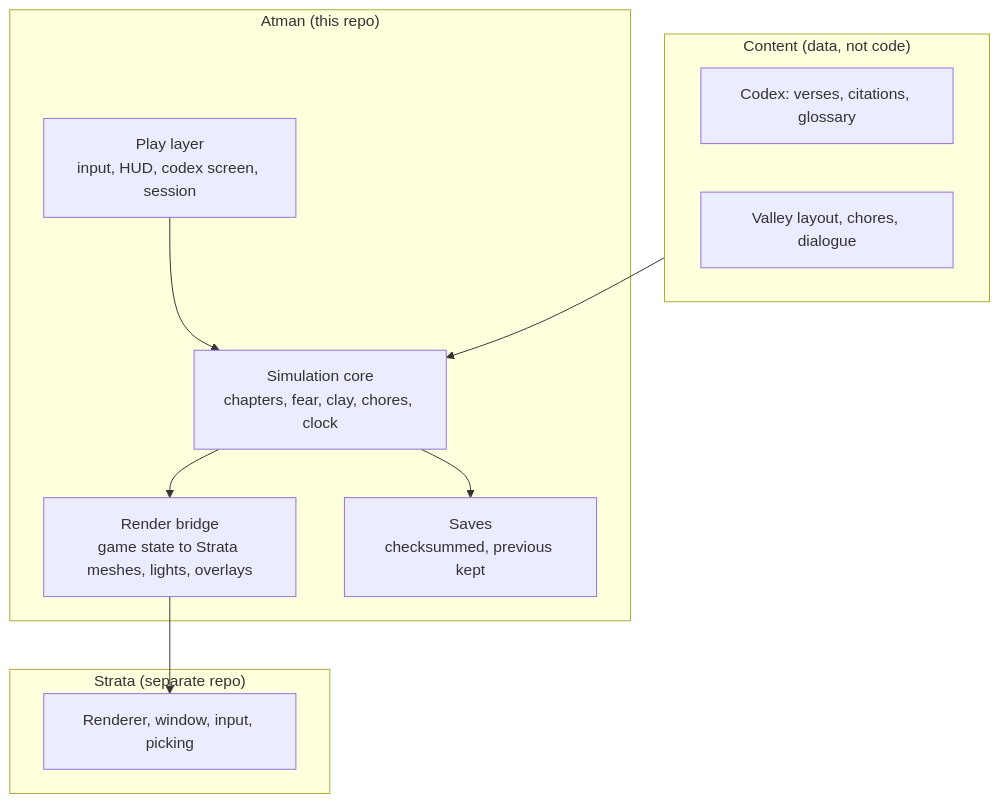
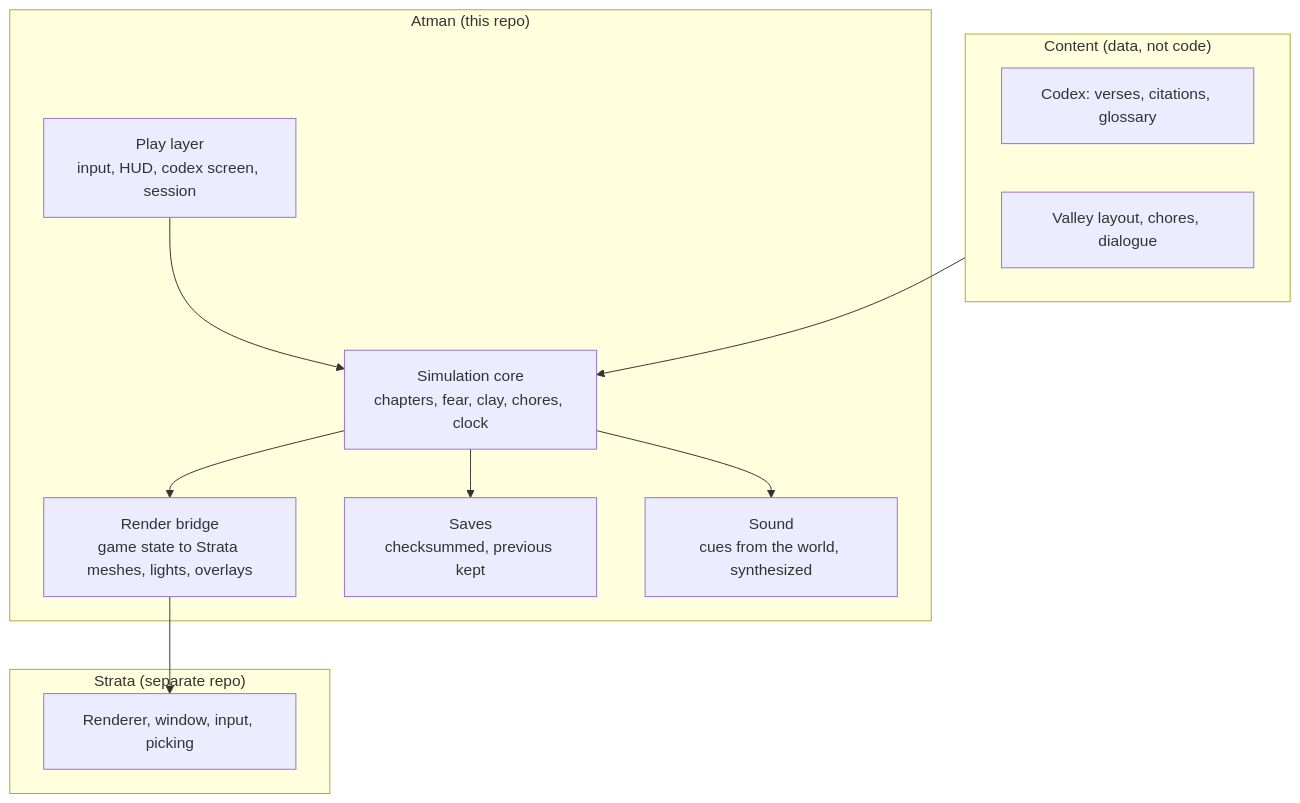
Before and after one commit to Preponderous-Software/atman: the diagram in ARCHITECTURE.md, drawn with Mermaid. The commit also changed other lines of this file and 1 other file, not shown here.

First line of the commit message:
docs: the playtest pass in README and ARCHITECTURE

````diff
--- a/ARCHITECTURE.md
+++ b/ARCHITECTURE.md
@@ -18,20 +18,22 @@
 ```mermaid
 flowchart TB
     subgraph Content["Content (data, not code)"]
         Verses["Codex: verses, citations, glossary"]
         Valley["Valley layout, chores, dialogue"]
     end
     subgraph Game["Atman (this repo)"]
         Sim["Simulation core<br/>chapters, fear, clay, chores, clock"]
         Play["Play layer<br/>input, HUD, codex screen, session"]
         Bridge["Render bridge<br/>game state to Strata meshes, lights, overlays"]
         Save["Saves<br/>checksummed, previous kept"]
+        Sound["Sound<br/>cues from the world, synthesized"]
     end
     subgraph Engine["Strata (separate repo)"]
         Render["Renderer, window, input, picking"]
     end
     Content --> Sim
     Play --> Sim
     Sim --> Bridge --> Render
     Sim --> Save
+    Sim --> Sound
 ```
````
